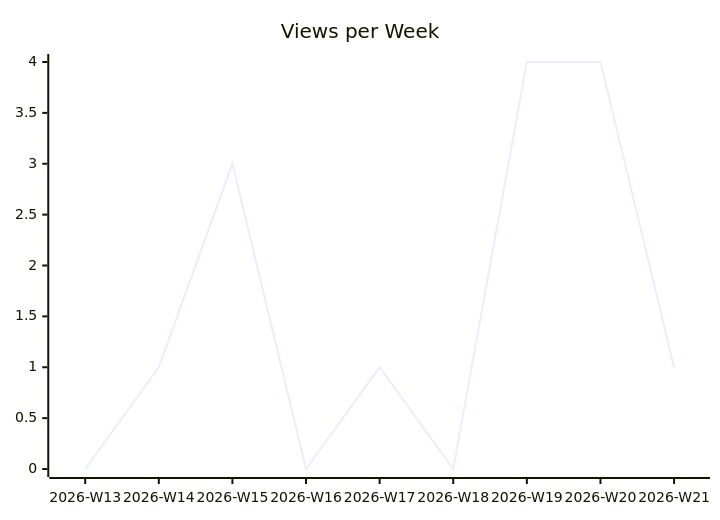
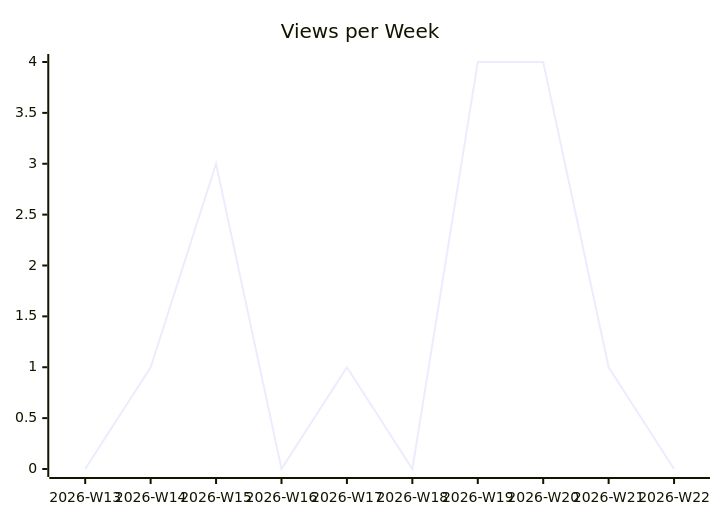
The second of 3 diagrams in justdavis-family/justdavis/README.md (justdavis-family/github-analytics-data), drawn with Mermaid before and after one commit. The commit also changed other lines of this file and 190 other files, not shown here.

````diff
--- a/justdavis-family/justdavis/README.md
+++ b/justdavis-family/justdavis/README.md
@@ -12,6 +12,6 @@
 ```mermaid
 xychart-beta
   title "Views per Week"
-  x-axis ["2026-W13", "2026-W14", "2026-W15", "2026-W16", "2026-W17", "2026-W18", "2026-W19", "2026-W20", "2026-W21"]
-  line [0, 1, 3, 0, 1, 0, 4, 4, 1]
+  x-axis ["2026-W13", "2026-W14", "2026-W15", "2026-W16", "2026-W17", "2026-W18", "2026-W19", "2026-W20", "2026-W21", "2026-W22"]
+  line [0, 1, 3, 0, 1, 0, 4, 4, 1, 0]
 ```
````
